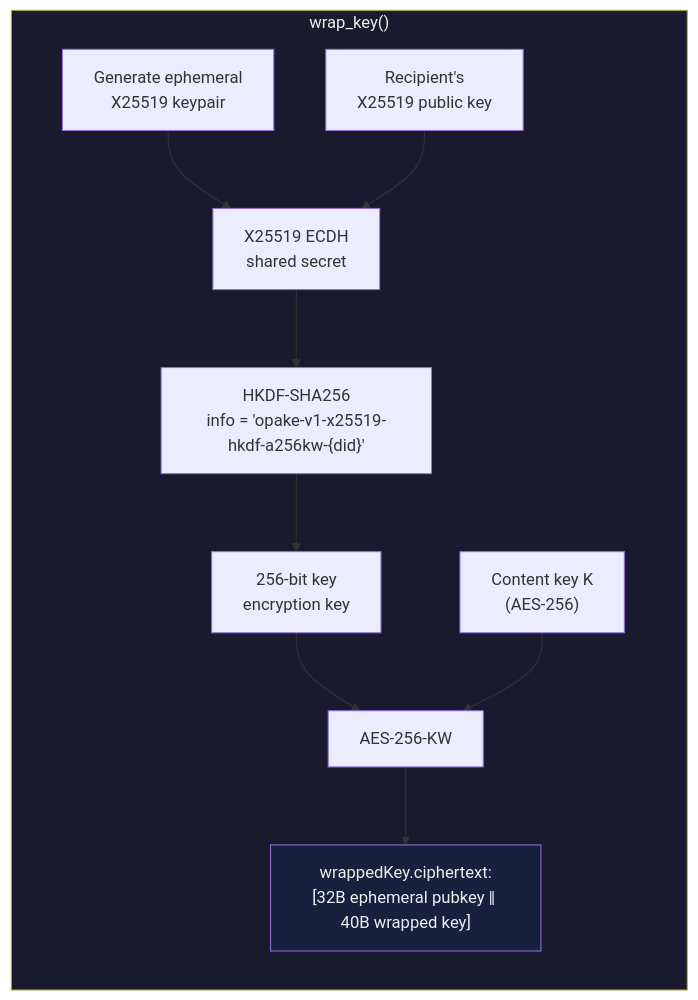
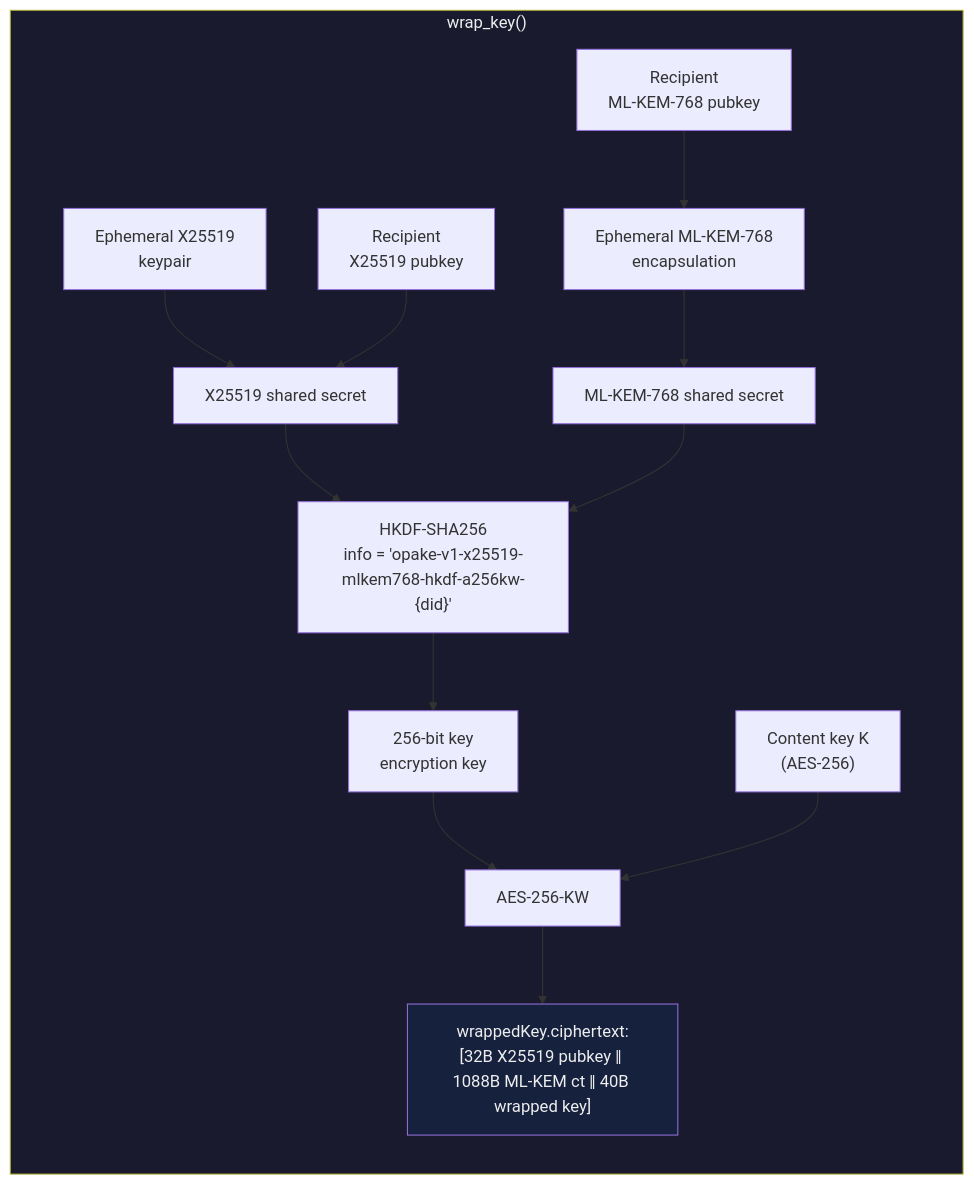
The first of 3 diagrams in docs/flows/crypto.md (Sans-Self/Opake), drawn with Mermaid before and after one commit. The commit also changed other lines of this file and 11 other files, not shown here.

````diff
--- a/docs/flows/crypto.md
+++ b/docs/flows/crypto.md
@@ -7,18 +7,23 @@
 ```mermaid
 flowchart LR
     subgraph Wrap ["wrap_key()"]
         direction TB
-        EphKey["Generate ephemeral<br/>X25519 keypair"] --> ECDH
-        RecipPub["Recipient's<br/>X25519 public key"] --> ECDH
-        ECDH["X25519 ECDH<br/>shared secret"] --> HKDF
-        HKDF["HKDF-SHA256<br/>info = 'opake-v1-x25519-hkdf-a256kw-{did}'"] --> KEK
+        EphX["Ephemeral X25519<br/>keypair"] --> ECDH
+        RecipX["Recipient<br/>X25519 pubkey"] --> ECDH
+        ECDH["X25519 shared secret"] --> HKDF
+
+        EphML["Ephemeral ML-KEM-768<br/>encapsulation"] --> MLSec
+        RecipML["Recipient<br/>ML-KEM-768 pubkey"] --> EphML
+        MLSec["ML-KEM-768 shared secret"] --> HKDF
+
+        HKDF["HKDF-SHA256<br/>info = 'opake-v1-x25519-mlkem768-hkdf-a256kw-{did}'"] --> KEK
         KEK["256-bit key<br/>encryption key"] --> AESKW
         ContentKey["Content key K<br/>(AES-256)"] --> AESKW
         AESKW["AES-256-KW"] --> Ciphertext
     end
 
-    Ciphertext["wrappedKey.ciphertext:<br/>[32B ephemeral pubkey ‖ 40B wrapped key]"]
+    Ciphertext["wrappedKey.ciphertext:<br/>[32B X25519 pubkey ‖ 1088B ML-KEM ct ‖ 40B wrapped key]"]
 
     style Wrap fill:#1a1a2e,color:#eee
     style Ciphertext fill:#16213e,color:#eee
 ```
````
